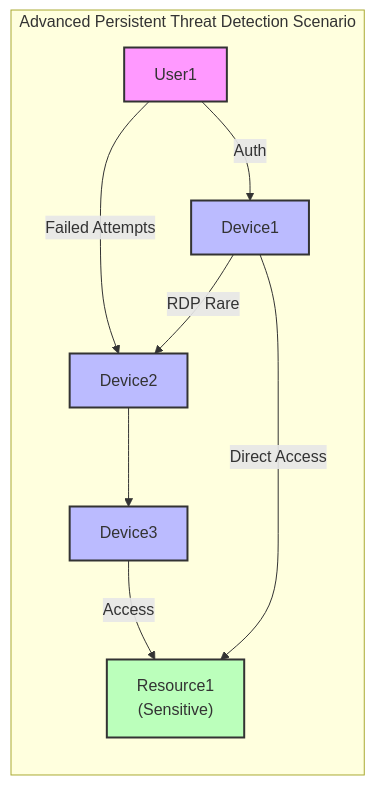
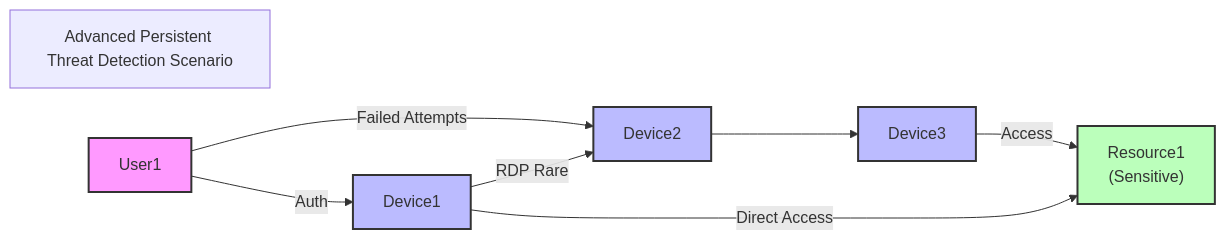
The second of 7 diagrams in graph of graph/README.md (Azure/azure-kusto-graph-samples), drawn with Mermaid before and after one commit. The commit also changed other lines of this file, not shown here.

````diff
--- a/graph of graph/README.md
+++ b/graph of graph/README.md
@@ -90,20 +90,18 @@
 ```mermaid
 flowchart LR
-
-    subgraph "Advanced Persistent Threat Detection Scenario"
+    Headline["Advanced Persistent Threat Detection Scenario"]
 
     User1[User1] -->|Failed Attempts| Device2
     Device2 --> Device3
     User1 -->|Auth| Device1
     Device1 -->|RDP Rare| Device2
     Device1 -->|Direct Access| Resource1["Resource1<br>(Sensitive)"]
     Device3 -->|Access| Resource1
     
     style User1 fill:#f9f,stroke:#333,stroke-width:2px
     style Device1 fill:#bbf,stroke:#333,stroke-width:2px
     style Device2 fill:#bbf,stroke:#333,stroke-width:2px
     style Device3 fill:#bbf,stroke:#333,stroke-width:2px
     style Resource1 fill:#bfb,stroke:#333,stroke-width:2px
-    
-    end
+    style Headline fill:f9f
 ```
````
